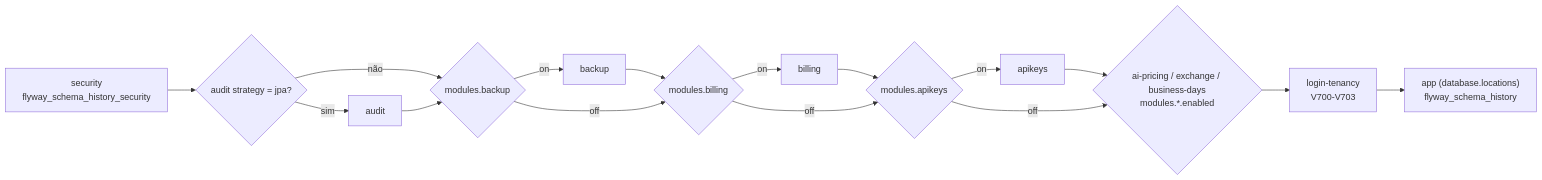
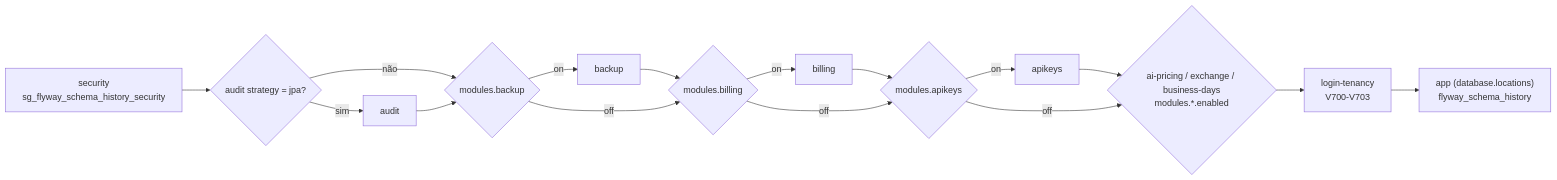
One commit to SeedGrid/seedgrid-ai changed the diagram in seedgridKB/SeedGrid/Extensions/login-tenancy/Visao-geral.md. Above: the diagram before and after it, drawn with Mermaid. The commit also changed other lines of this file and 39 other files, not shown here.

First line of the commit message:
KB de host: paginas SPIs por extension (assinaturas, padrao, implementacoes, exemplos); historico Flyway sg_flyway_schema_history_*; migrations host-managed

````diff
--- a/seedgridKB/SeedGrid/Extensions/login-tenancy/Visao-geral.md
+++ b/seedgridKB/SeedGrid/Extensions/login-tenancy/Visao-geral.md
@@ -60,14 +60,14 @@
 ```mermaid
 flowchart LR
-    S[security<br/>flyway_schema_history_security] --> A{audit strategy = jpa?}
+    S[security<br/>sg_flyway_schema_history_security] --> A{audit strategy = jpa?}
     A -- sim --> AU[audit]
     A -- não --> B
     AU --> B{modules.backup}
     B -- on --> BK[backup] --> BI
     B -- off --> BI{modules.billing}
     BI -- on --> BL[billing] --> AK
     BI -- off --> AK{modules.apikeys}
     AK -- on --> AP[apikeys] --> X
     AK -- off --> X{ai-pricing / exchange / business-days<br/>modules.*.enabled}
     X --> LT[login-tenancy<br/>V700-V703] --> APP["app (database.locations)<br/>flyway_schema_history"]
 ```
````
